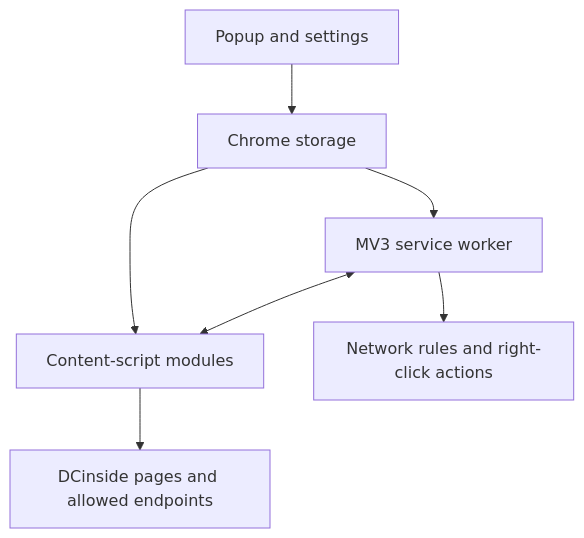
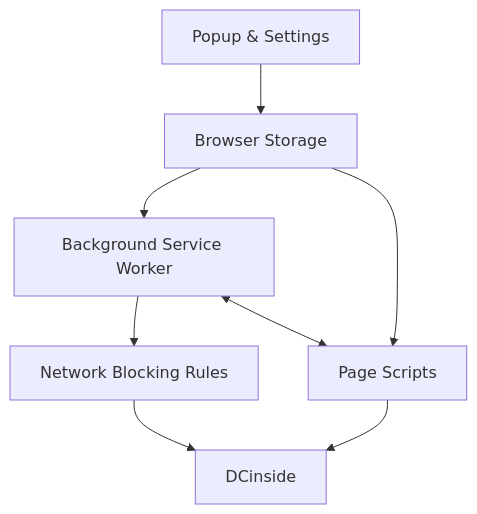
Before and after one commit to diligencefrozen/DCinside-Gallery-Blocker: the diagram in README.md, drawn with Mermaid. The commit also changed other lines of this file, not shown here.

````diff
--- a/README.md
+++ b/README.md
@@ -62,9 +135,17 @@
 ```mermaid
 flowchart TD
-    UI["Popup and settings"] --> Store["Chrome storage"]
-    Store --> SW["MV3 service worker"]
-    Store --> Scripts["Content-script modules"]
-    SW --> Rules["Network rules and right-click actions"]
-    SW <--> Scripts
-    Scripts --> Site["DCinside pages and allowed endpoints"]
+    UI["Popup & Settings"]
+    Storage["Browser Storage"]
+    Background["Background Service Worker"]
+    Content["Page Scripts"]
+    Rules["Network Blocking Rules"]
+    Site["DCinside"]
+
+    UI --> Storage
+    Storage --> Background
+    Storage --> Content
+    Background --> Rules
+    Background <--> Content
+    Rules --> Site
+    Content --> Site
 ```
````
